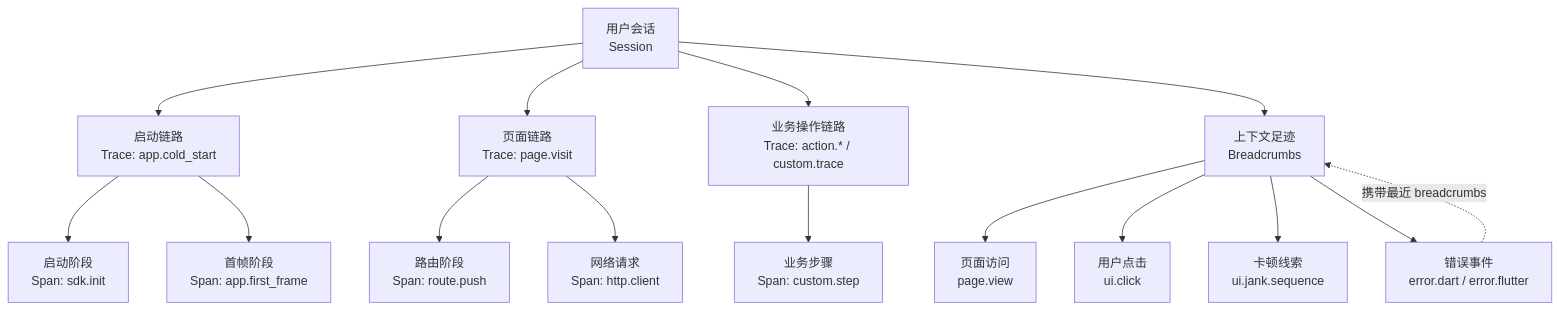
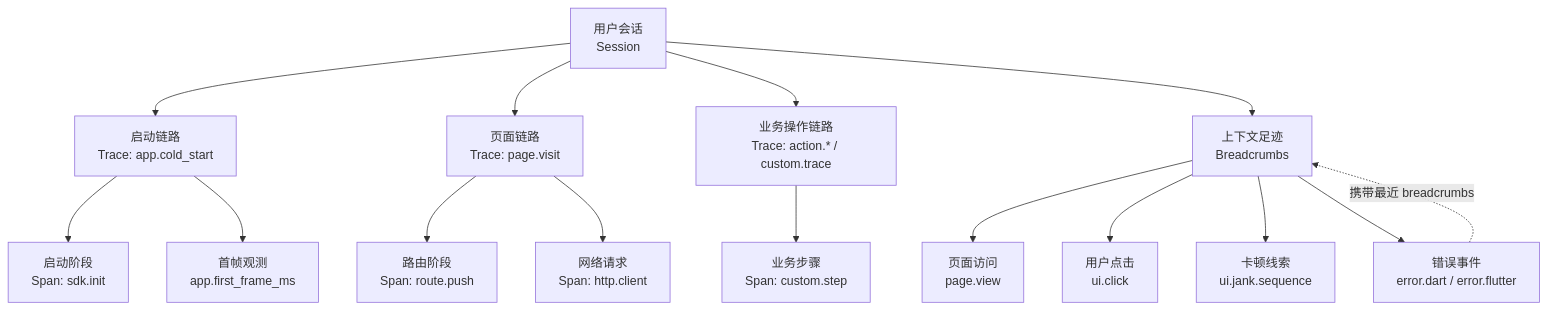
Before and after one commit to xinqingaa/flutter_monitor: the second of 2 diagrams in docs/event_model.md, drawn with Mermaid. The commit also changed other lines of this file and 24 other files, not shown here.

````diff
--- a/docs/event_model.md
+++ b/docs/event_model.md
@@ -637,32 +641,32 @@
 ```mermaid
 flowchart TD
   Session["用户会话<br/>Session"]
   StartTrace["启动链路<br/>Trace: app.cold_start"]
   PageTrace["页面链路<br/>Trace: page.visit"]
   ActionTrace["业务操作链路<br/>Trace: action.* / custom.trace"]
   InitSpan["启动阶段<br/>Span: sdk.init"]
-  FirstFrame["首帧阶段<br/>Span: app.first_frame"]
+  FirstFrame["首帧观测<br/>app.first_frame_ms"]
   RouteSpan["路由阶段<br/>Span: route.push"]
   HttpSpan["网络请求<br/>Span: http.client"]
   CustomSpan["业务步骤<br/>Span: custom.step"]
   Breadcrumbs["上下文足迹<br/>Breadcrumbs"]
   PageViewBc["页面访问<br/>page.view"]
   ClickBc["用户点击<br/>ui.click"]
   JankBc["卡顿线索<br/>ui.jank.sequence"]
   ErrorEvent["错误事件<br/>error.dart / error.flutter"]
 
   Session --> StartTrace
   Session --> PageTrace
   Session --> ActionTrace
   StartTrace --> InitSpan
   StartTrace --> FirstFrame
   PageTrace --> RouteSpan
   PageTrace --> HttpSpan
   ActionTrace --> CustomSpan
   Session --> Breadcrumbs
   Breadcrumbs --> PageViewBc
   Breadcrumbs --> ClickBc
   Breadcrumbs --> JankBc
   Breadcrumbs --> ErrorEvent
   ErrorEvent -.->|"携带最近 breadcrumbs"| Breadcrumbs
 ```
````
